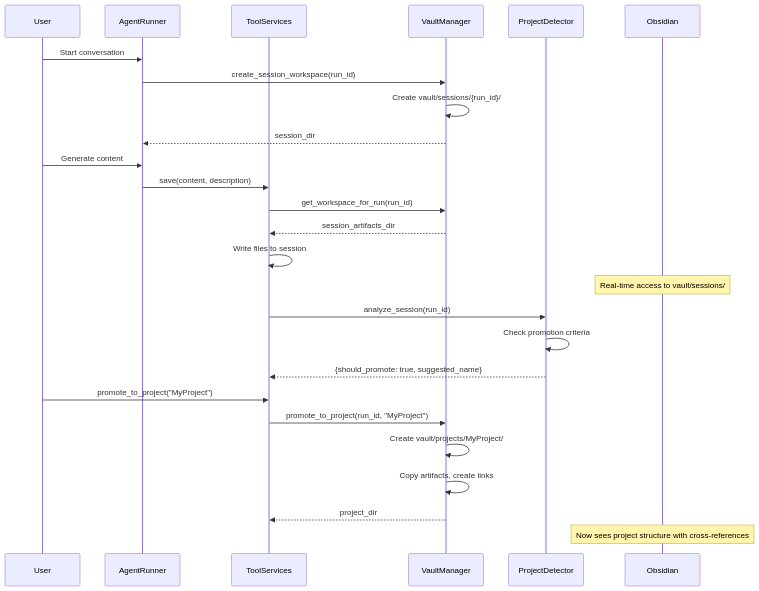
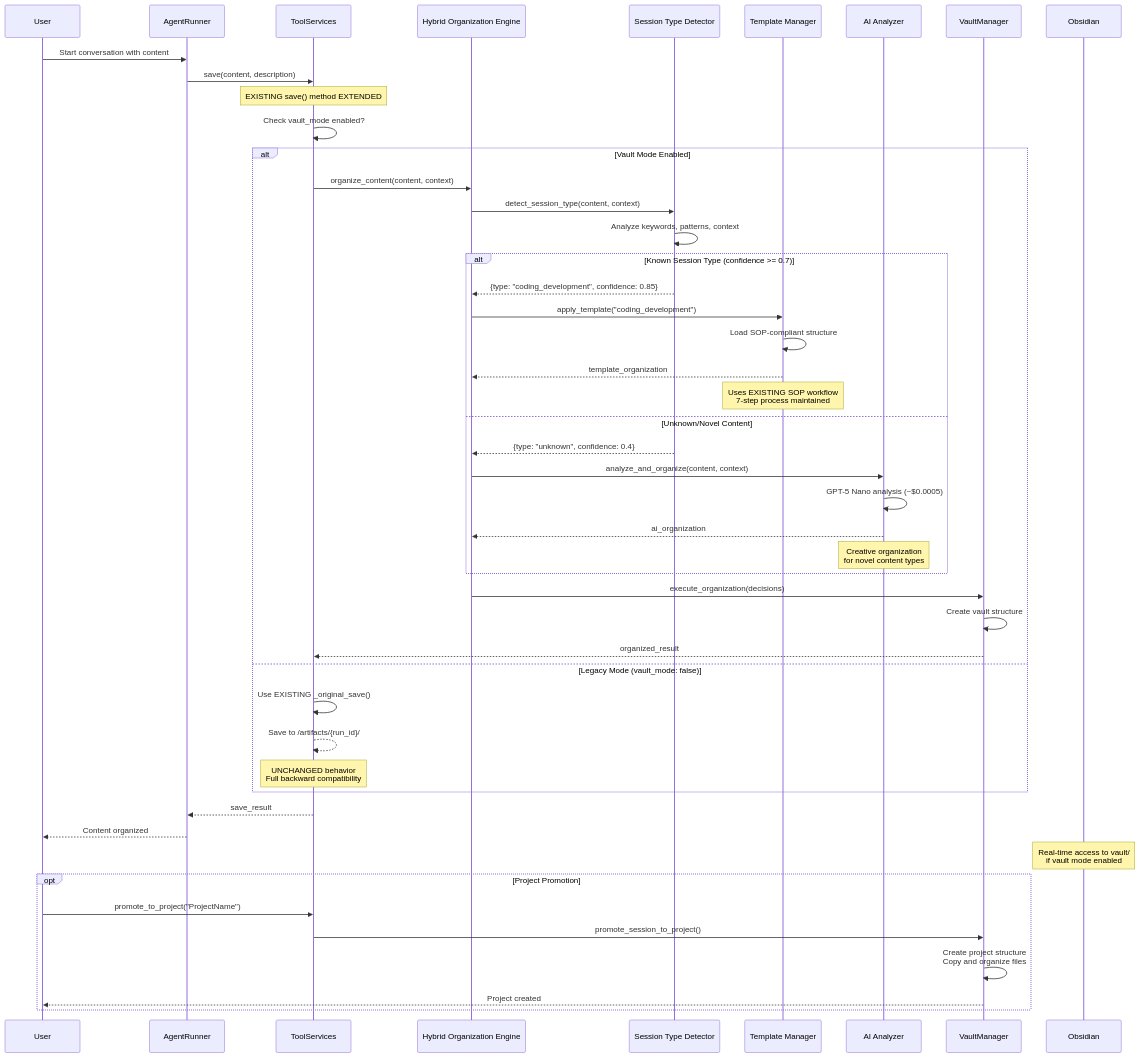
The fourth of 7 diagrams in tasks/2025-08-25_GlobalDocs_System_Analysis/MASTER_Architecture_UMLs_GlobalDocs_System_Analysis.md (zenprotheos/agentoptimizer), drawn with Mermaid before and after one commit. The commit also changed other lines of this file and 38 other files, not shown here.

First line of the commit message:
[UPDATE] Enhance Coding Tasks and Documentation for Hybrid System Implementation

````diff
--- a/tasks/2025-08-25_GlobalDocs_System_Analysis/MASTER_Architecture_UMLs_GlobalDocs_System_Analysis.md
+++ b/tasks/2025-08-25_GlobalDocs_System_Analysis/MASTER_Architecture_UMLs_GlobalDocs_System_Analysis.md
@@ -138,34 +257,65 @@
 ```mermaid
 sequenceDiagram
     participant User
     participant AgentRunner
     participant ToolServices
+    participant HybridEngine as Hybrid Organization Engine
+    participant TypeDetector as Session Type Detector
+    participant TemplateManager as Template Manager
+    participant AIAnalyzer as AI Analyzer
     participant VaultManager
-    participant ProjectDetector
     participant Obsidian
     
-    User->>AgentRunner: Start conversation
-    AgentRunner->>VaultManager: create_session_workspace(run_id)
-    VaultManager->>VaultManager: Create vault/sessions/{run_id}/
-    VaultManager-->>AgentRunner: session_dir
+    User->>AgentRunner: Start conversation with content
+    AgentRunner->>ToolServices: save(content, description)
     
-    User->>AgentRunner: Generate content
-    AgentRunner->>ToolServices: save(content, description)
-    ToolServices->>VaultManager: get_workspace_for_run(run_id)
-    VaultManager-->>ToolServices: session_artifacts_dir
-    ToolServices->>ToolServices: Write files to session
+    Note over ToolServices: EXISTING save() method EXTENDED
     
-    Note over Obsidian: Real-time access to vault/sessions/
+    ToolServices->>ToolServices: Check vault_mode enabled?
     
-    ToolServices->>ProjectDetector: analyze_session(run_id)
-    ProjectDetector->>ProjectDetector: Check promotion criteria
-    ProjectDetector-->>ToolServices: {should_promote: true, suggested_name}
+    alt Vault Mode Enabled
+        ToolServices->>HybridEngine: organize_content(content, context)
+        
+        HybridEngine->>TypeDetector: detect_session_type(content, context)
+        TypeDetector->>TypeDetector: Analyze keywords, patterns, context
+        
+        alt Known Session Type (confidence >= 0.7)
+            TypeDetector-->>HybridEngine: {type: "coding_development", confidence: 0.85}
+            HybridEngine->>TemplateManager: apply_template("coding_development")
+            TemplateManager->>TemplateManager: Load SOP-compliant structure
+            TemplateManager-->>HybridEngine: template_organization
+            
+            Note over TemplateManager: Uses EXISTING SOP workflow<br/>7-step process maintained
+            
+        else Unknown/Novel Content
+            TypeDetector-->>HybridEngine: {type: "unknown", confidence: 0.4}
+            HybridEngine->>AIAnalyzer: analyze_and_organize(content, context)
+            AIAnalyzer->>AIAnalyzer: GPT-5 Nano analysis (~$0.0005)
+            AIAnalyzer-->>HybridEngine: ai_organization
+            
+            Note over AIAnalyzer: Creative organization<br/>for novel content types
+        end
+        
+        HybridEngine->>VaultManager: execute_organization(decisions)
+        VaultManager->>VaultManager: Create vault structure
+        VaultManager-->>ToolServices: organized_result
+        
+    else Legacy Mode (vault_mode: false)
+        ToolServices->>ToolServices: Use EXISTING _original_save()
+        ToolServices-->>ToolServices: Save to /artifacts/{run_id}/
+        
+        Note over ToolServices: UNCHANGED behavior<br/>Full backward compatibility
+    end
     
-    User->>ToolServices: promote_to_project("MyProject")
-    ToolServices->>VaultManager: promote_to_project(run_id, "MyProject")
-    VaultManager->>VaultManager: Create vault/projects/MyProject/
-    VaultManager->>VaultManager: Copy artifacts, create links
-    VaultManager-->>ToolServices: project_dir
+    ToolServices-->>AgentRunner: save_result
+    AgentRunner-->>User: Content organized
     
-    Note over Obsidian: Now sees project structure with cross-references
+    Note over Obsidian: Real-time access to vault/<br/>if vault mode enabled
+    
+    opt Project Promotion
+        User->>ToolServices: promote_to_project("ProjectName")
+        ToolServices->>VaultManager: promote_session_to_project()
+        VaultManager->>VaultManager: Create project structure<br/>Copy and organize files
+        VaultManager-->>User: Project created
+    end
 ```
````
